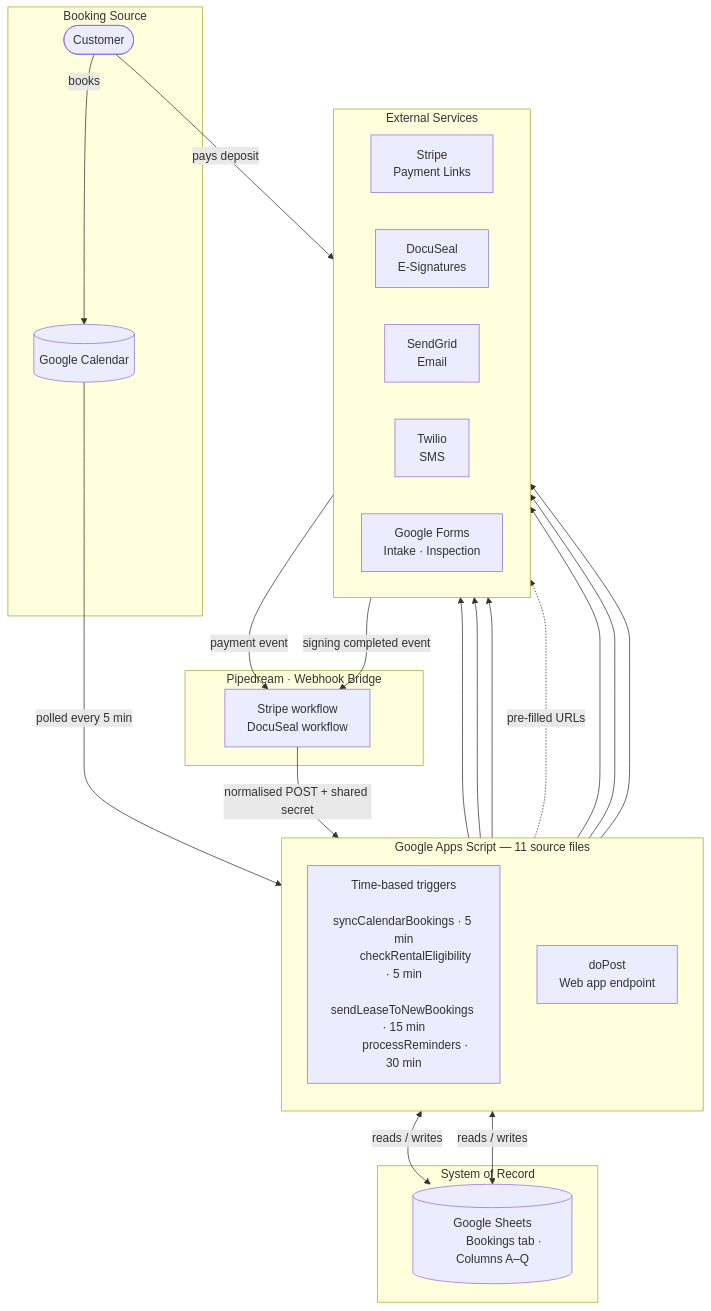
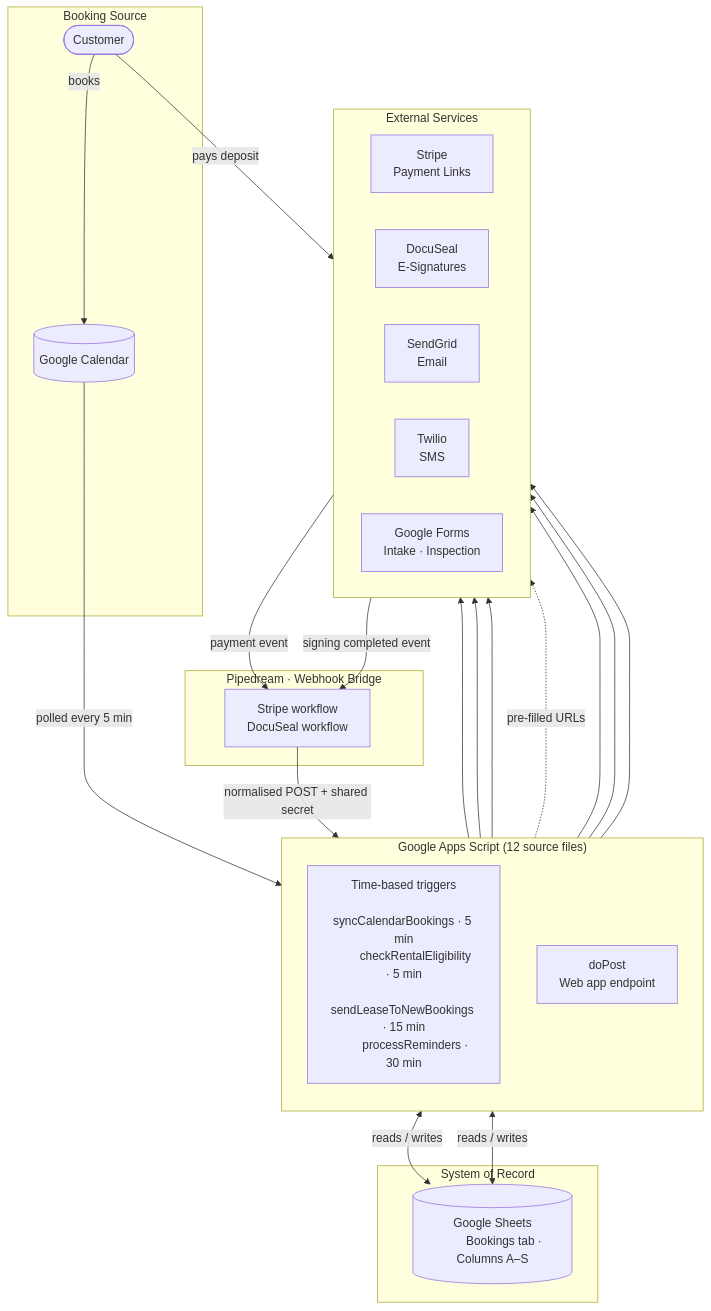
Before and after one commit to SolomonBell/vehicle-script: the second of 2 diagrams in README.md, drawn with Mermaid. The commit also changed other lines of this file and 11 other files, not shown here.

````diff
--- a/README.md
+++ b/README.md
@@ -165,60 +96,60 @@
 ```mermaid
 graph TB
     subgraph Source["Booking Source"]
         CUST([Customer])
         GCAL[(Google Calendar)]
     end
 
-    subgraph GAS["Google Apps Script — 11 source files"]
+    subgraph GAS["Google Apps Script (12 source files)"]
         direction TB
         TRIGGERS["Time-based triggers
         syncCalendarBookings · 5 min
         checkRentalEligibility · 5 min
         sendLeaseToNewBookings · 15 min
         processReminders · 30 min"]
         DOPOST["doPost
         Web app endpoint"]
     end
 
     subgraph RECORD["System of Record"]
         SHEETS[(Google Sheets
-        Bookings tab · Columns A–Q)]
+        Bookings tab · Columns A–S)]
     end
 
     subgraph BRIDGE["Pipedream · Webhook Bridge"]
         PD["Stripe workflow
         DocuSeal workflow"]
     end
 
     subgraph SERVICES["External Services"]
         direction LR
         STRIPE["Stripe
         Payment Links"]
         DOCUSEAL["DocuSeal
         E-Signatures"]
         SENDGRID["SendGrid
         Email"]
         TWILIO["Twilio
         SMS"]
         FORMS["Google Forms
         Intake · Inspection"]
     end
 
     CUST -->|books| GCAL
     GCAL -->|polled every 5 min| TRIGGERS
     TRIGGERS <-->|reads / writes| SHEETS
     TRIGGERS --> SENDGRID
     TRIGGERS --> TWILIO
     TRIGGERS --> DOCUSEAL
     TRIGGERS -.->|pre-filled URLs| FORMS
 
     CUST -->|pays deposit| STRIPE
     STRIPE -->|payment event| PD
     DOCUSEAL -->|signing completed event| PD
     PD -->|normalised POST + shared secret| DOPOST
 
     DOPOST <-->|reads / writes| SHEETS
     DOPOST --> SENDGRID
     DOPOST --> TWILIO
     DOPOST --> DOCUSEAL
 ```
````
